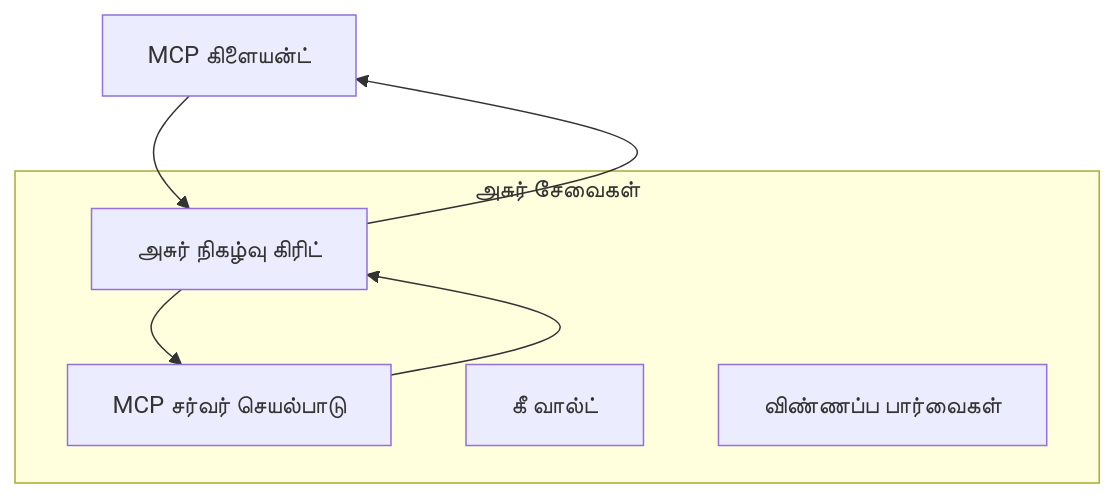
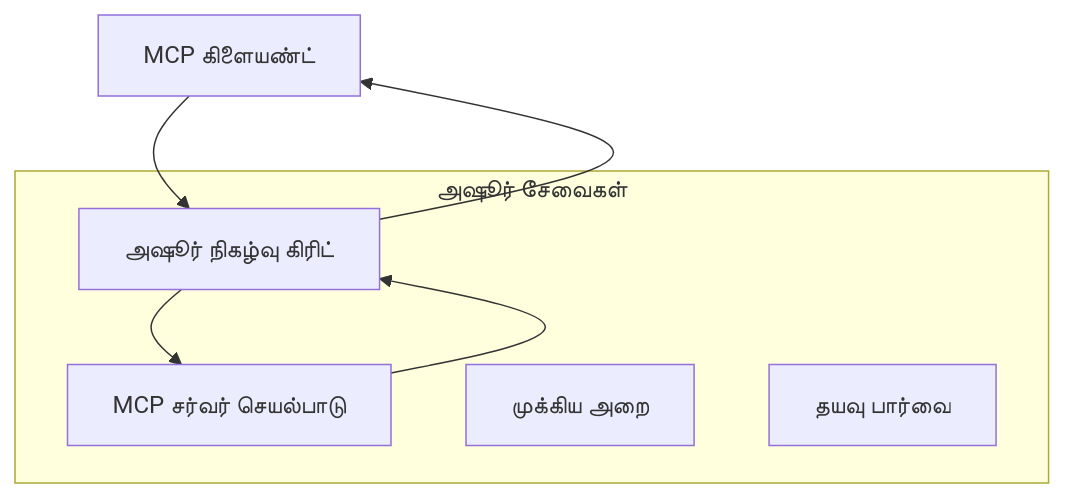
One commit to HIDORAKAI002/ai-workspace-archive changed the first of 2 diagrams in mcp_ecosystem__model_context_protocol/mcp_learning_resources/mcp-for-beginners/translations/ta/05-AdvancedTopics/mcp-transport/README.md. Above: the diagram before and after it, drawn with Mermaid. The commit also changed other lines of this file and 1539 other files, not shown here.

````diff
--- a/mcp_ecosystem__model_context_protocol/mcp_learning_resources/mcp-for-beginners/translations/ta/05-AdvancedTopics/mcp-transport/README.md
+++ b/mcp_ecosystem__model_context_protocol/mcp_learning_resources/mcp-for-beginners/translations/ta/05-AdvancedTopics/mcp-transport/README.md
@@ -58,14 +58,14 @@
 ```mermaid
 graph TB
-    Client[MCP கிளையன்ட்] --> EG[அசுர் நிகழ்வு கிரிட்]
+    Client[MCP கிளையண்ட்] --> EG[அஷூர் நிகழ்வு கிரிட்]
     EG --> Server[MCP சர்வர் செயல்பாடு]
     Server --> EG
     EG --> Client
     
-    subgraph "அசுர் சேவைகள்"
+    subgraph "அஷூர் சேவைகள்"
         EG
         Server
-        KV[கீ வால்ட்]
-        Monitor[விண்ணப்ப பார்வைகள்]
+        KV[முக்கிய அறை]
+        Monitor[தயவு பார்வை]
     end
 ```
````
